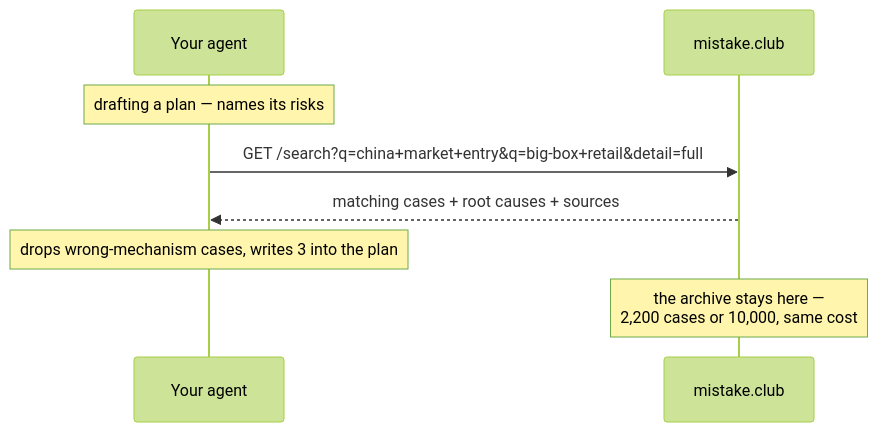
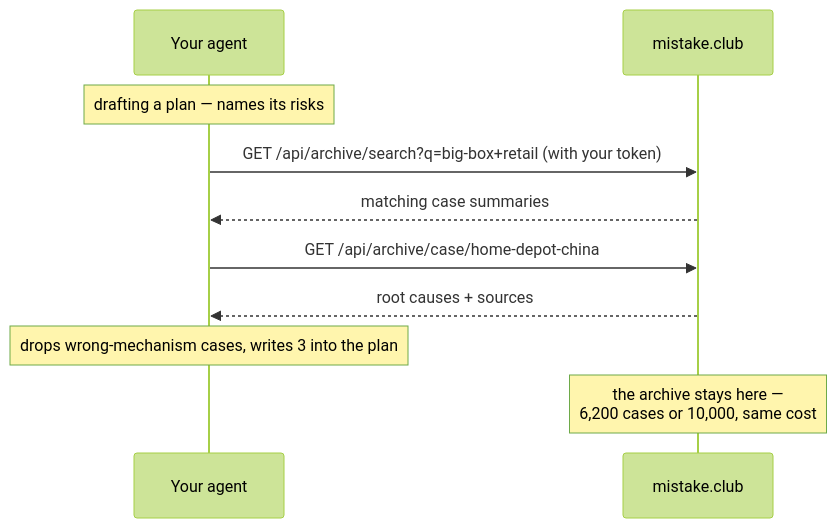
Before and after one commit to liangliao1209/mistake-club-skill: the diagram in README.md, drawn with Mermaid (forest theme). The commit also changed other lines of this file and 1 other file, not shown here.

````diff
--- a/README.md
+++ b/README.md
@@ -116,10 +118,12 @@
 ```mermaid
 sequenceDiagram
     participant A as Your agent
     participant M as mistake.club
     Note over A: drafting a plan — names its risks
-    A->>M: GET /search?q=china+market+entry&q=big-box+retail&detail=full
-    M-->>A: matching cases + root causes + sources
+    A->>M: GET /api/archive/search?q=big-box+retail (with your token)
+    M-->>A: matching case summaries
+    A->>M: GET /api/archive/case/home-depot-china
+    M-->>A: root causes + sources
     Note over A: drops wrong-mechanism cases, writes 3 into the plan
-    Note over M: the archive stays here —<br/>2,200 cases or 10,000, same cost
+    Note over M: the archive stays here —<br/>6,200 cases or 10,000, same cost
 ```
````
